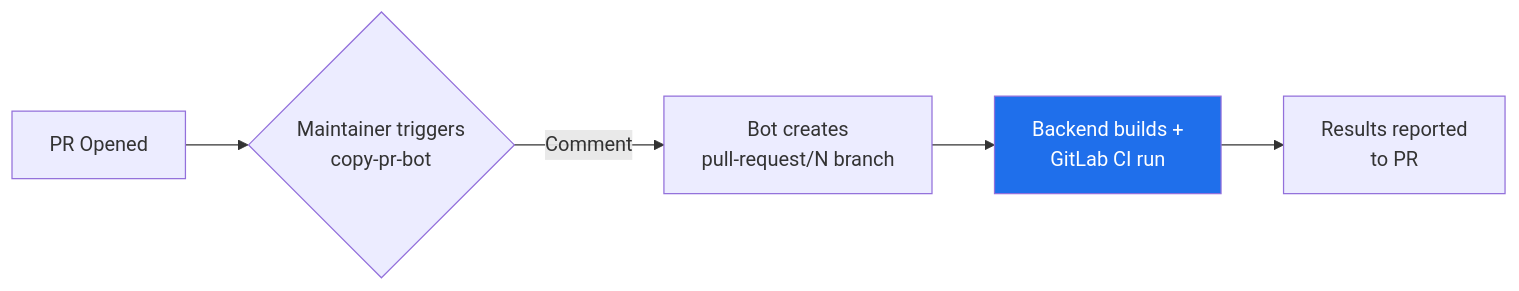
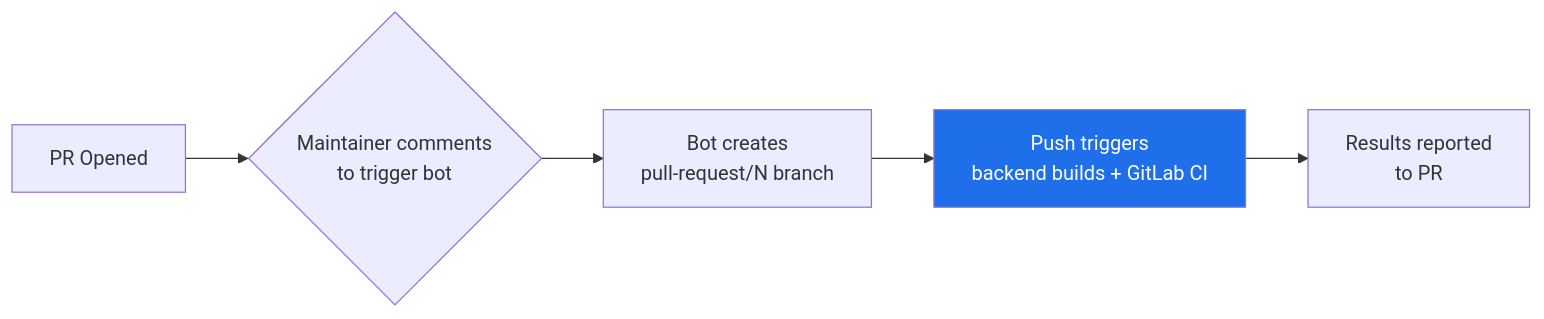
The fourth of 5 diagrams in .github/PR_WORKFLOW.md (ai-dynamo/dynamo), drawn with Mermaid before and after one commit. The commit also changed other lines of this file and 2 other files, not shown here.

````diff
--- a/.github/PR_WORKFLOW.md
+++ b/.github/PR_WORKFLOW.md
@@ -107,9 +113,9 @@
 ```mermaid
 flowchart LR
-    A[PR Opened] --> B{Maintainer triggers<br/>copy-pr-bot}
-    B -->|Comment| C[Bot creates<br/>pull-request/N branch]
-    C --> D[Backend builds +<br/>GitLab CI run]
+    A[PR Opened] --> B{Maintainer comments<br/>to trigger bot}
+    B --> C[Bot creates<br/>pull-request/N branch]
+    C --> D[Push triggers<br/>backend builds + GitLab CI]
     D --> E[Results reported<br/>to PR]
 
     style D fill:#1f6feb,color:#fff
 ```
````
